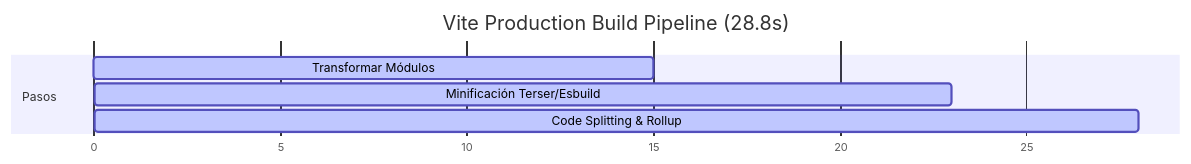
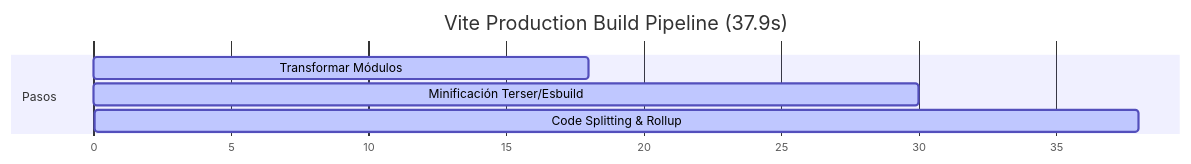
Before and after one commit to agusstinprieto/erp-metalmecanica: the diagram in Archivos MD/CODE_AUDIT_REPORT.md, drawn with Mermaid. The commit also changed other lines of this file and 19 other files, not shown here.

````diff
--- a/Archivos MD/CODE_AUDIT_REPORT.md
+++ b/Archivos MD/CODE_AUDIT_REPORT.md
@@ -73,10 +73,10 @@
 ```mermaid
 gantt
-    title Vite Production Build Pipeline (28.8s)
+    title Vite Production Build Pipeline (37.9s)
     dateFormat  X
     axisFormat %s
     section Pasos
-    Transformar Módulos         :active, 0, 15
-    Minificación Terser/Esbuild:active, 15, 23
-    Code Splitting & Rollup    :active, 23, 28
+    Transformar Módulos         :active, 0, 18
+    Minificación Terser/Esbuild:active, 18, 30
+    Code Splitting & Rollup    :active, 30, 38
 ```
````
